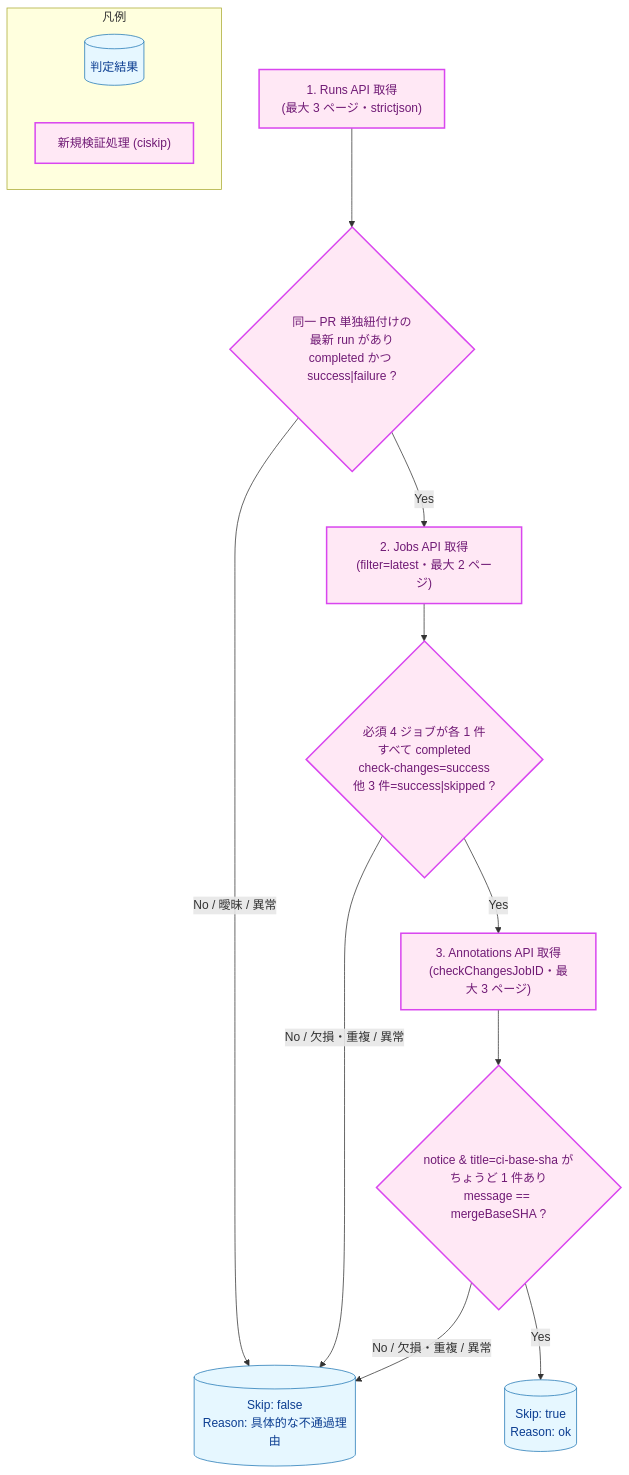
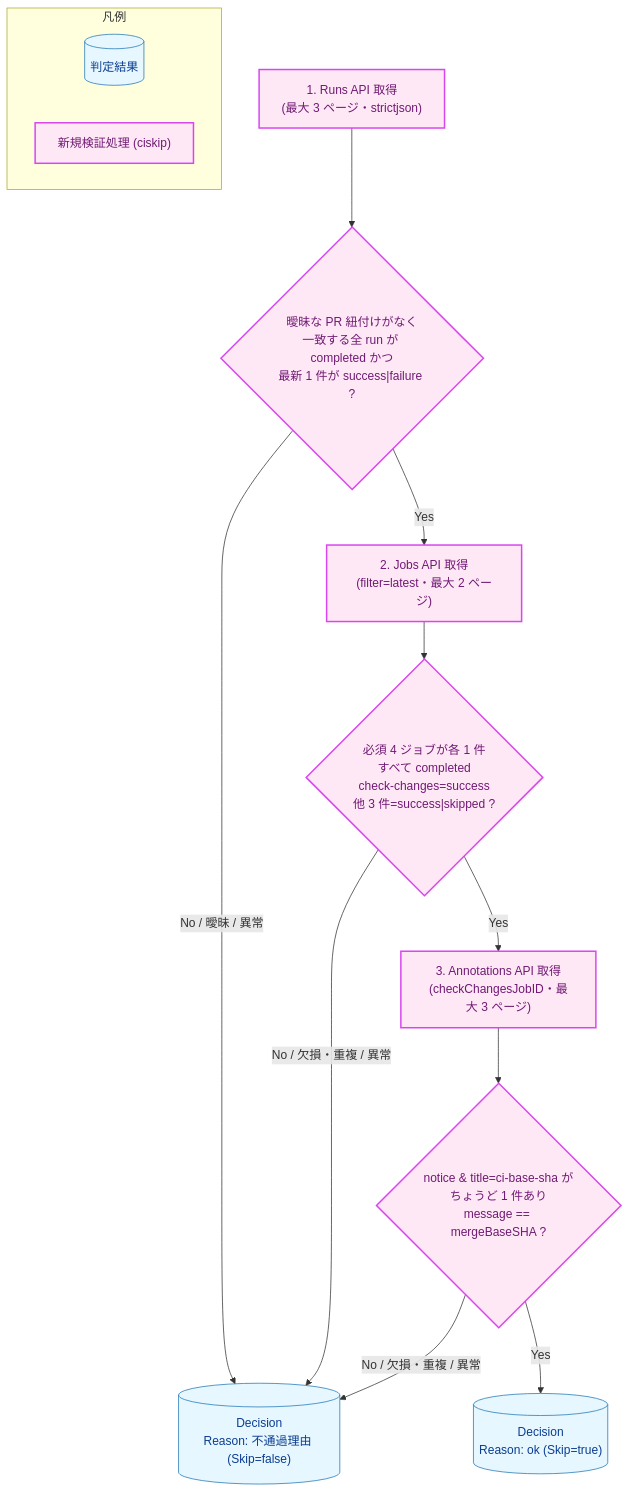
One commit to isseis/yt2column changed the eighth of 8 diagrams in docs/tasks/0119_ci_skip_doc_only_commit/02_architecture.md. Above: the diagram before and after it, drawn with Mermaid. The commit also changed other lines of this file and 3 other files, not shown here.

Commit message:
docs(0119): apply architecture review and Japanese prose fixes

````diff
--- a/docs/tasks/0119_ci_skip_doc_only_commit/02_architecture.md
+++ b/docs/tasks/0119_ci_skip_doc_only_commit/02_architecture.md
@@ -752,32 +767,32 @@
 ```mermaid
 flowchart TD
     classDef data fill:#e6f7ff,stroke:#1f77b4,stroke-width:1px,color:#0b3d91;
     classDef newpkg fill:#ffe8f5,stroke:#d946ef,stroke-width:2px,color:#701a75;
 
     A1["1. Runs API 取得<br>(最大 3 ページ・strictjson)"]
-    C1{"同一 PR 単独紐付けの<br>最新 run があり<br>completed かつ success|failure ?"}
+    C1{"曖昧な PR 紐付けがなく<br>一致する全 run が completed かつ<br>最新 1 件が success|failure ?"}
     A2["2. Jobs API 取得<br>(filter=latest・最大 2 ページ)"]
     C2{"必須 4 ジョブが各 1 件<br>すべて completed<br>check-changes=success<br>他 3 件=success|skipped ?"}
     A3["3. Annotations API 取得<br>(checkChangesJobID・最大 3 ページ)"]
     C3{"notice & title=ci-base-sha が<br>ちょうど 1 件あり<br>message == mergeBaseSHA ?"}
-    PASS[("Skip: true<br>Reason: ok")]
-    FAIL[("Skip: false<br>Reason: 具体的な不通過理由")]
+    PASS[("Decision<br>Reason: ok (Skip=true)")]
+    FAIL[("Decision<br>Reason: 不通過理由 (Skip=false)")]
 
     A1 --> C1
     C1 -->|"No / 曖昧 / 異常"| FAIL
     C1 -->|"Yes"| A2
     A2 --> C2
     C2 -->|"No / 欠損・重複 / 異常"| FAIL
     C2 -->|"Yes"| A3
     A3 --> C3
     C3 -->|"No / 欠損・重複 / 異常"| FAIL
     C3 -->|"Yes"| PASS
 
     subgraph Legend["凡例"]
         L1[("判定結果")]
         L2["新規検証処理 (ciskip)"]
     end
 
     class PASS,FAIL,L1 data
     class A1,C1,A2,C2,A3,C3,L2 newpkg
 ```
````
